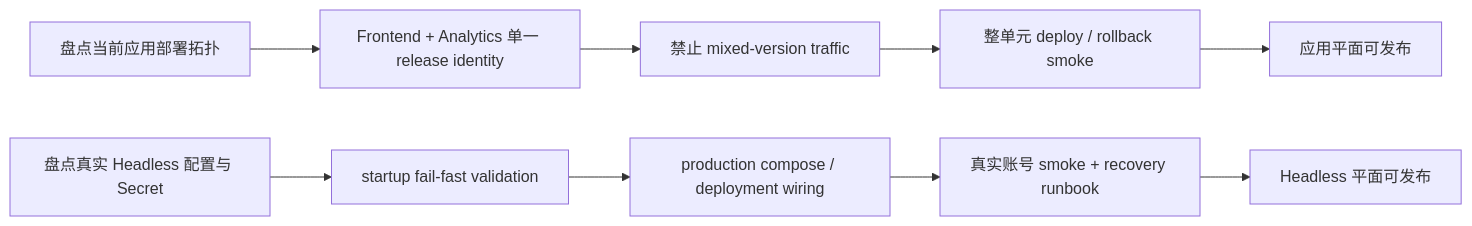
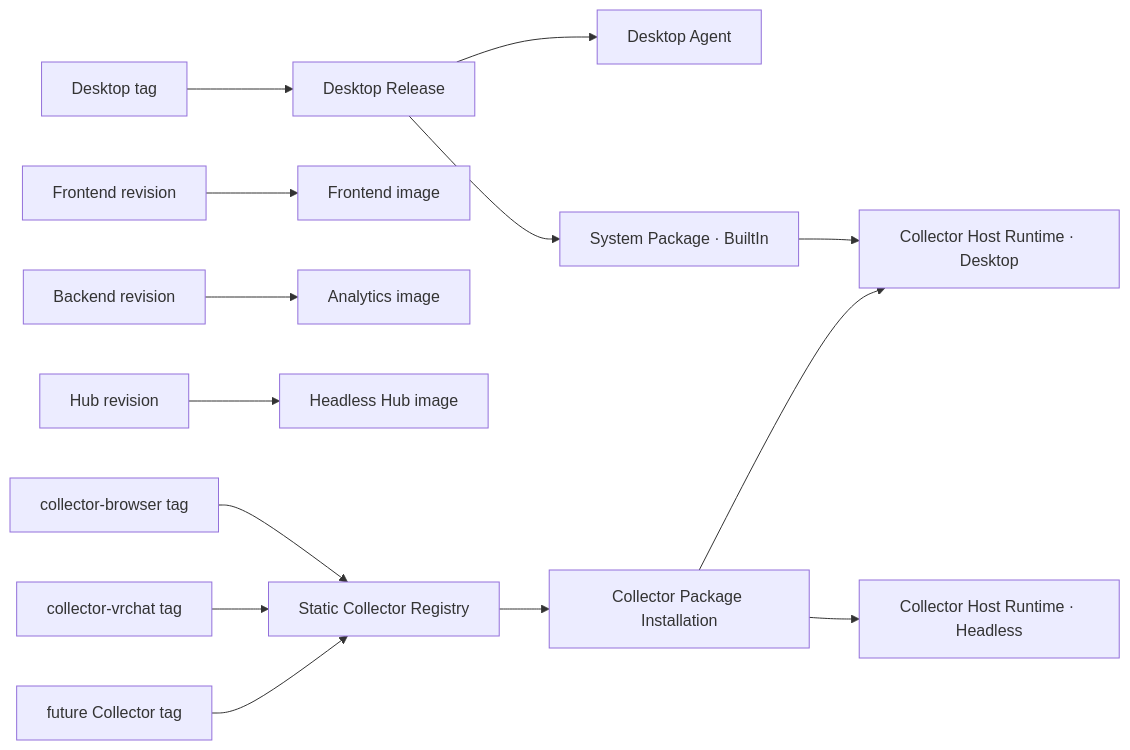
One commit to shenxianovo/Heartbeat changed the first of 4 diagrams in docs/architecture/collector-delivery-implementation-roadmap.md. Above: the diagram before and after it, drawn with Mermaid. The commit also changed other lines of this file and 7 other files, not shown here.

Commit message:
docs(collection): define shared host runtime target

````diff
--- a/docs/architecture/collector-delivery-implementation-roadmap.md
+++ b/docs/architecture/collector-delivery-implementation-roadmap.md
@@ -68,12 +18,19 @@
 ```mermaid
 flowchart LR
-    A0["盘点当前应用部署拓扑"] --> A1["Frontend + Analytics 单一 release identity"]
-    A1 --> A2["禁止 mixed-version traffic"]
-    A2 --> A3["整单元 deploy / rollback smoke"]
-    A3 --> AP["应用平面可发布"]
+    DesktopTag["Desktop tag"] --> DesktopRelease["Desktop Release"]
+    DesktopRelease --> Desktop["Desktop Agent"]
+    DesktopRelease --> System["System Package · BuiltIn"]
 
-    H0["盘点真实 Headless 配置与 Secret"] --> H1["startup fail-fast validation"]
-    H1 --> H2["production compose / deployment wiring"]
-    H2 --> H3["真实账号 smoke + recovery runbook"]
-    H3 --> HP["Headless 平面可发布"]
+    FrontendTag["Frontend revision"] --> Frontend["Frontend image"]
+    BackendTag["Backend revision"] --> Backend["Analytics image"]
+    HubTag["Hub revision"] --> Headless["Headless Hub image"]
+
+    BrowserTag["collector-browser tag"] --> Registry["Static Collector Registry"]
+    VRChatTag["collector-vrchat tag"] --> Registry
+    FutureTag["future Collector tag"] --> Registry
+
+    Registry --> Installation["Collector Package Installation"]
+    Installation --> DesktopRuntime["Collector Host Runtime · Desktop"]
+    Installation --> HeadlessRuntime["Collector Host Runtime · Headless"]
+    System --> DesktopRuntime
 ```
````
